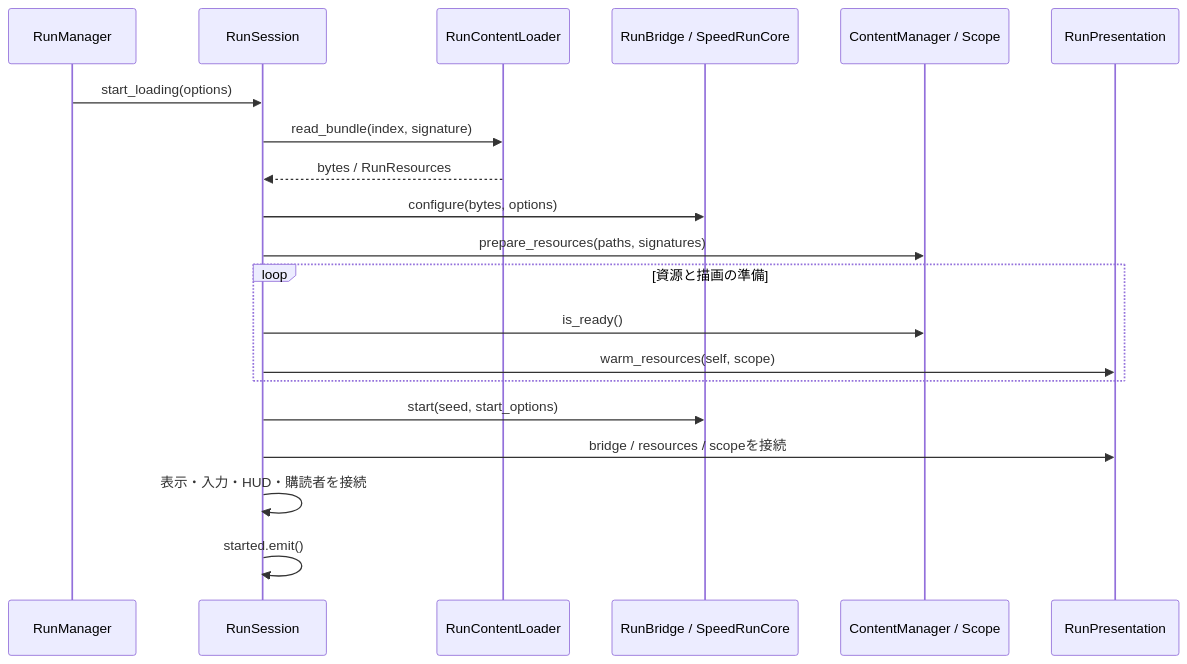
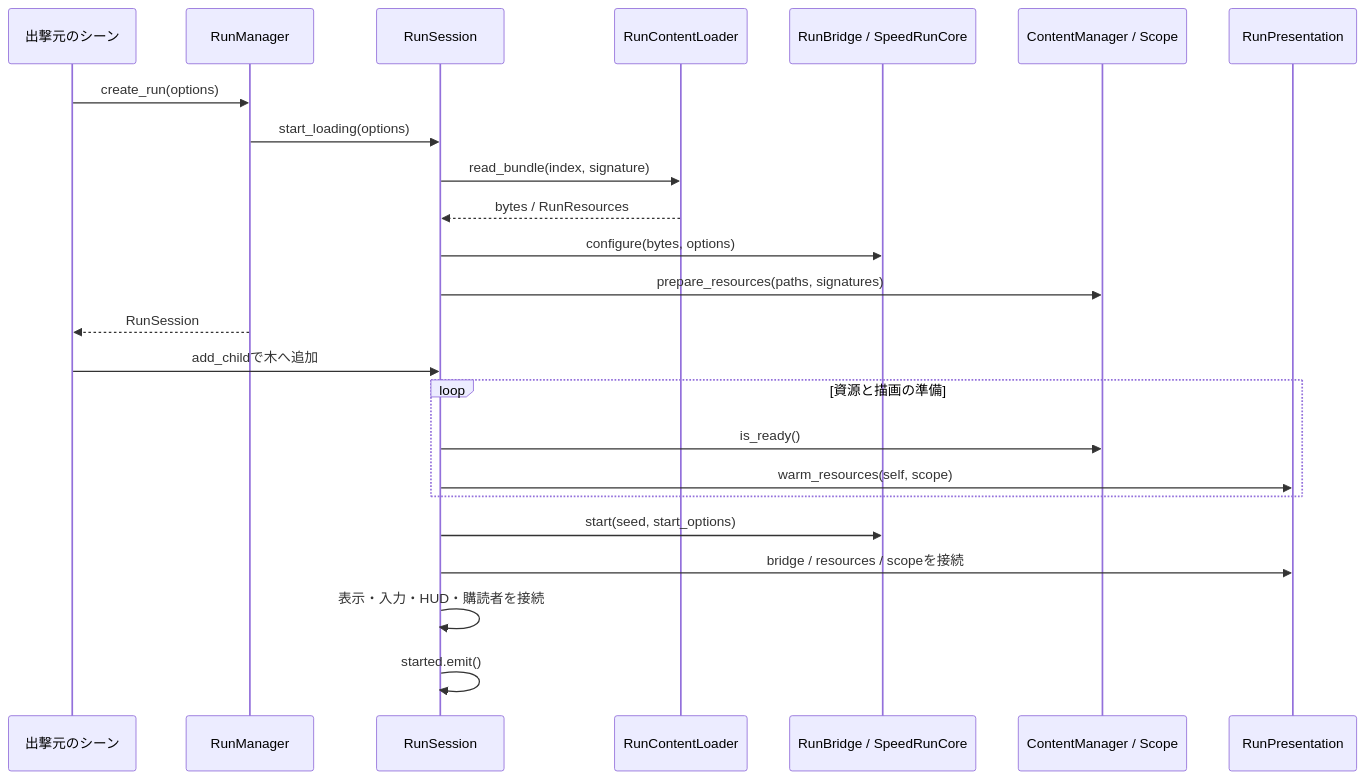
Before and after one commit to Tomatoguy1029/speed: the third of 4 diagrams in docs/architecture.md, drawn with Mermaid. The commit also changed other lines of this file, not shown here.

Commit message:
出撃準備と木への追加後の開始順を設計へ反映する [skip ci]

````diff
--- a/docs/architecture.md
+++ b/docs/architecture.md
@@ -376,22 +376,26 @@
 ```mermaid
 sequenceDiagram
+  participant O as 出撃元のシーン
   participant RM as RunManager
   participant S as RunSession
   participant L as RunContentLoader
   participant B as RunBridge / SpeedRunCore
   participant CM as ContentManager / Scope
   participant P as RunPresentation
+  O->>RM: create_run(options)
   RM->>S: start_loading(options)
   S->>L: read_bundle(index, signature)
   L-->>S: bytes / RunResources
   S->>B: configure(bytes, options)
   S->>CM: prepare_resources(paths, signatures)
+  RM-->>O: RunSession
+  O->>S: add_childで木へ追加
   loop 資源と描画の準備
     S->>CM: is_ready()
     S->>P: warm_resources(self, scope)
   end
   S->>B: start(seed, start_options)
   S->>P: bridge / resources / scopeを接続
   S->>S: 表示・入力・HUD・購読者を接続
   S->>S: started.emit()
 ```
````
